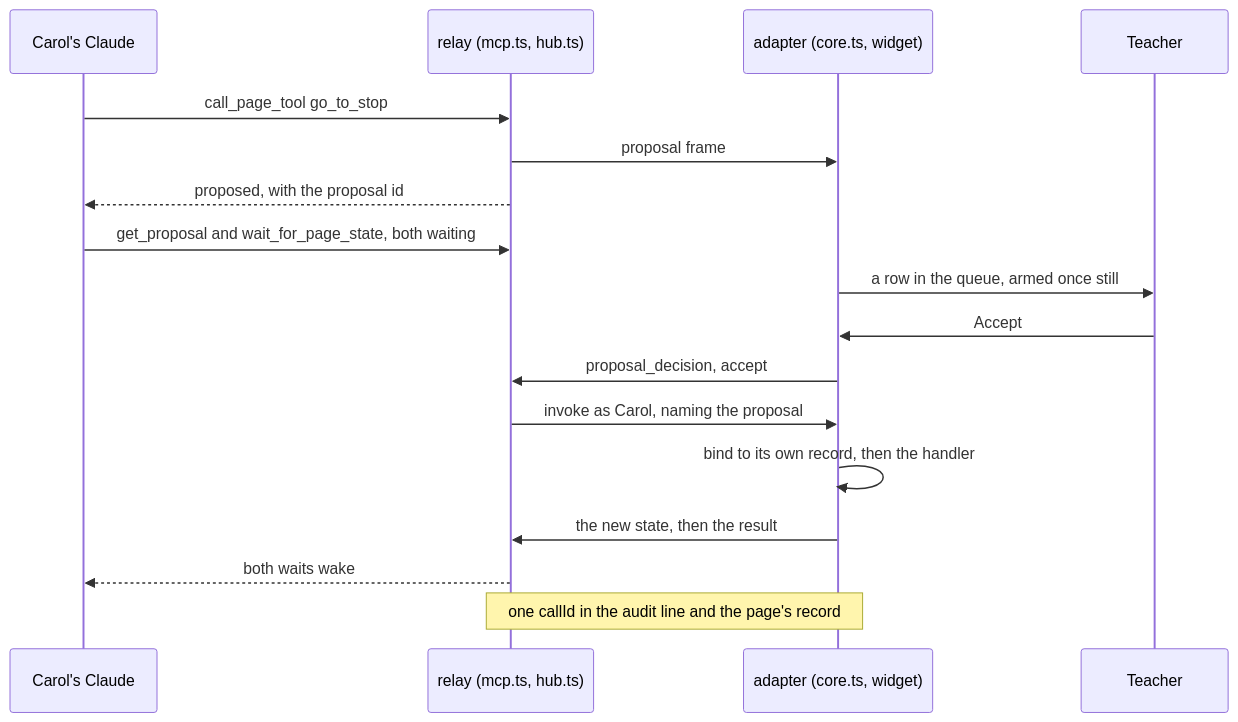
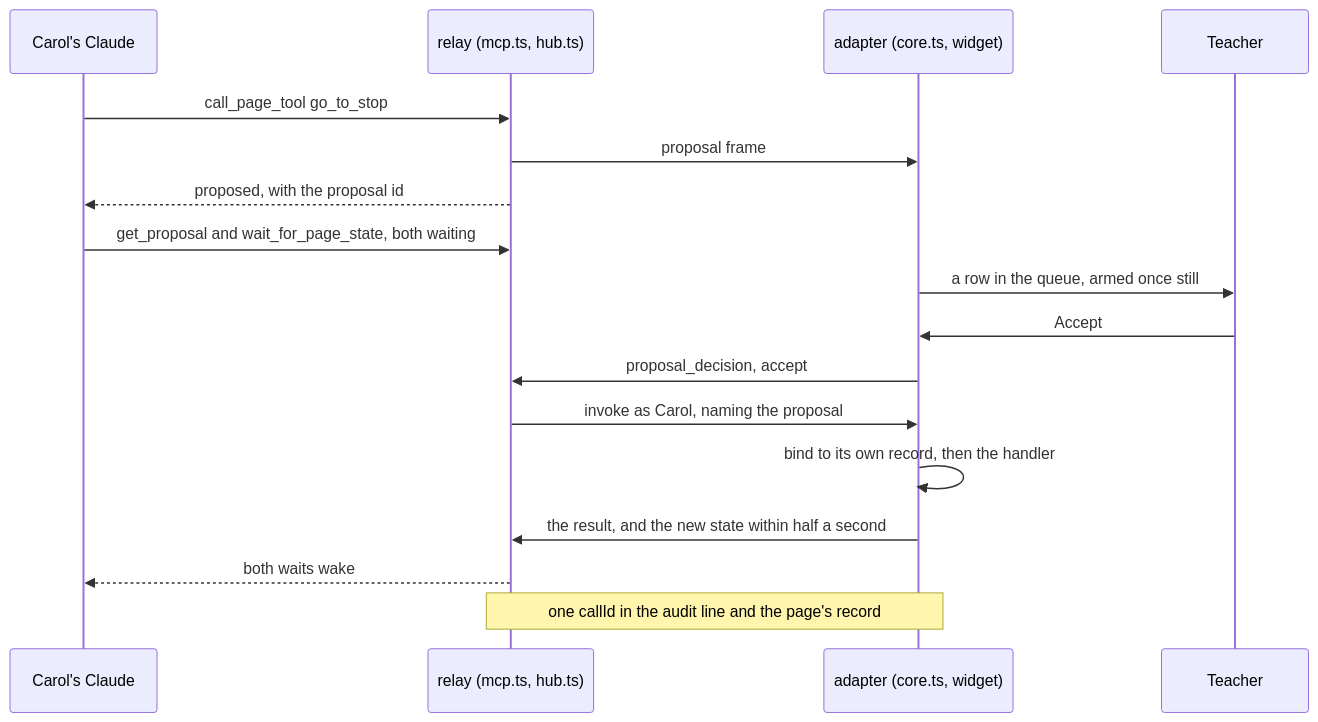
One commit to PaulMRamirez/tabdock changed the diagram in docs/tour/06-classroom.md. Above: the diagram before and after it, drawn with Mermaid. The commit also changed other lines of this file, not shown here.

````diff
--- a/docs/tour/06-classroom.md
+++ b/docs/tour/06-classroom.md
@@ -9,19 +9,19 @@
 ```mermaid
 sequenceDiagram
   participant C as Carol's Claude
   participant R as relay (mcp.ts, hub.ts)
   participant A as adapter (core.ts, widget)
   participant T as Teacher
   C->>R: call_page_tool go_to_stop
   R->>A: proposal frame
   R-->>C: proposed, with the proposal id
   C->>R: get_proposal and wait_for_page_state, both waiting
   A->>T: a row in the queue, armed once still
   T->>A: Accept
   A->>R: proposal_decision, accept
   R->>A: invoke as Carol, naming the proposal
   A->>A: bind to its own record, then the handler
-  A->>R: the new state, then the result
+  A->>R: the result, and the new state within half a second
   R-->>C: both waits wake
   Note over R,A: one callId in the audit line and the page's record
 ```
````
